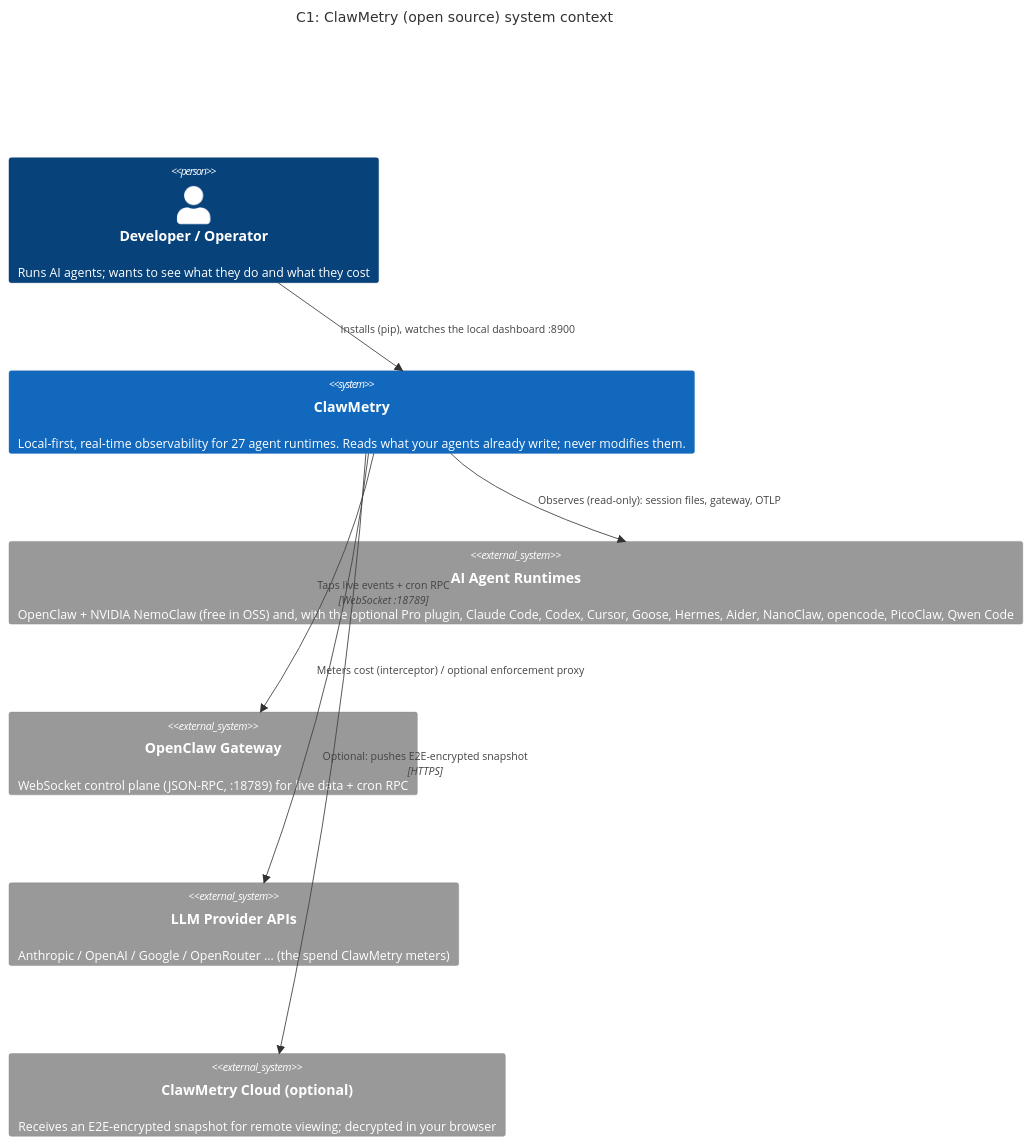
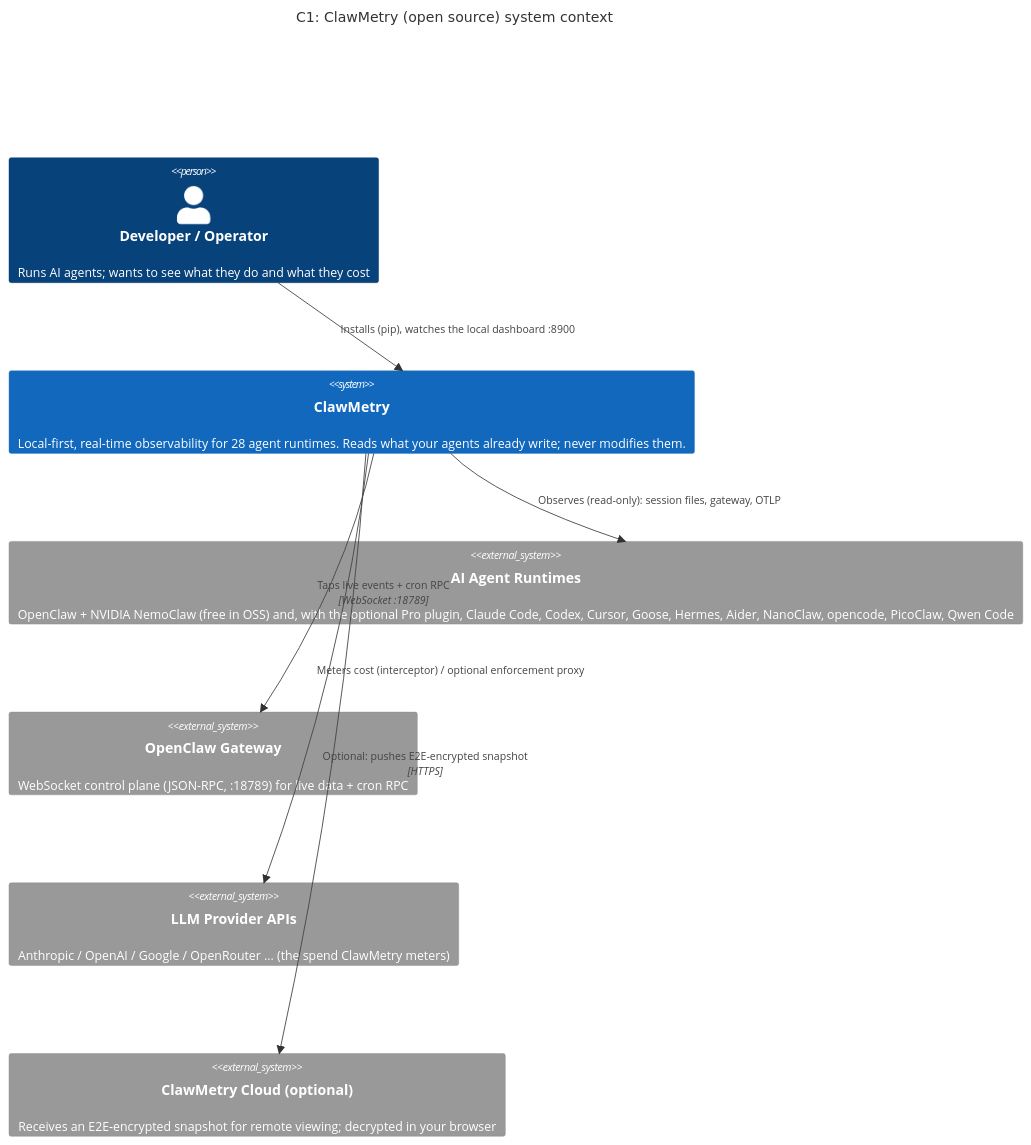
One commit to vivekchand/clawmetry changed the first of 2 diagrams in ARCHITECTURE.md. Above: the diagram before and after it, drawn with Mermaid. The commit also changed 39 other files, not shown here.

````diff
--- a/ARCHITECTURE.md
+++ b/ARCHITECTURE.md
@@ -37,18 +37,18 @@
 ```mermaid
 C4Context
 title C1: ClawMetry (open source) system context
 
 Person(dev, "Developer / Operator", "Runs AI agents; wants to see what they do and what they cost")
-System(clawmetry, "ClawMetry", "Local-first, real-time observability for 27 agent runtimes. Reads what your agents already write; never modifies them.")
+System(clawmetry, "ClawMetry", "Local-first, real-time observability for 28 agent runtimes. Reads what your agents already write; never modifies them.")
 
 System_Ext(runtimes, "AI Agent Runtimes", "OpenClaw + NVIDIA NemoClaw (free in OSS) and, with the optional Pro plugin, Claude Code, Codex, Cursor, Goose, Hermes, Aider, NanoClaw, opencode, PicoClaw, Qwen Code")
 System_Ext(gateway, "OpenClaw Gateway", "WebSocket control plane (JSON-RPC, :18789) for live data + cron RPC")
 System_Ext(llm, "LLM Provider APIs", "Anthropic / OpenAI / Google / OpenRouter ... (the spend ClawMetry meters)")
 System_Ext(cloud, "ClawMetry Cloud (optional)", "Receives an E2E-encrypted snapshot for remote viewing; decrypted in your browser")
 
 Rel(dev, clawmetry, "Installs (pip), watches the local dashboard :8900")
 Rel(clawmetry, runtimes, "Observes (read-only): session files, gateway, OTLP")
 Rel(clawmetry, gateway, "Taps live events + cron RPC", "WebSocket :18789")
 Rel(clawmetry, llm, "Meters cost (interceptor) / optional enforcement proxy")
 Rel(clawmetry, cloud, "Optional: pushes E2E-encrypted snapshot", "HTTPS")
 ```
````
